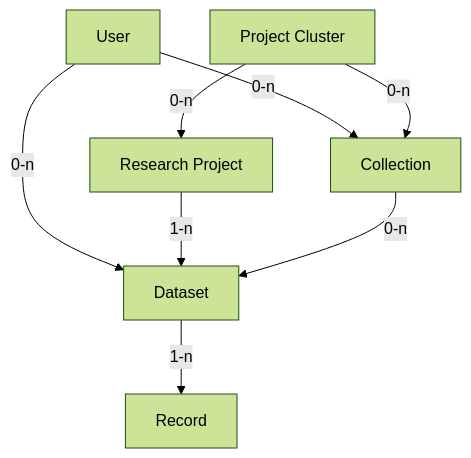
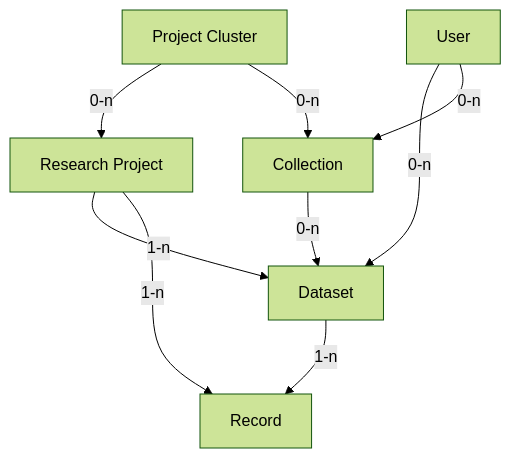
The diagram in docs/data/future-datamodel.md (dasch-swiss/dsp-meta), drawn with Mermaid (forest theme) before and after one commit. The commit also changed other lines of this file and 1 other file, not shown here.

````diff
--- a/docs/data/future-datamodel.md
+++ b/docs/data/future-datamodel.md
@@ -48,20 +59,21 @@
 ```mermaid
 
 flowchart TD
     projectCluster[Project Cluster]
     project[Research Project]
     dataset[Dataset]
     record[Record]
     collection[Collection]
     user[User]
 
     user -->|0-n| dataset
     user -->|0-n| collection
 
     projectCluster -->|0-n| project
     projectCluster -->|0-n| collection
 
     project -->|1-n| dataset
+    project -->|1-n| record
     dataset -->|1-n| record
     collection --> |0-n| dataset
 ```
````
